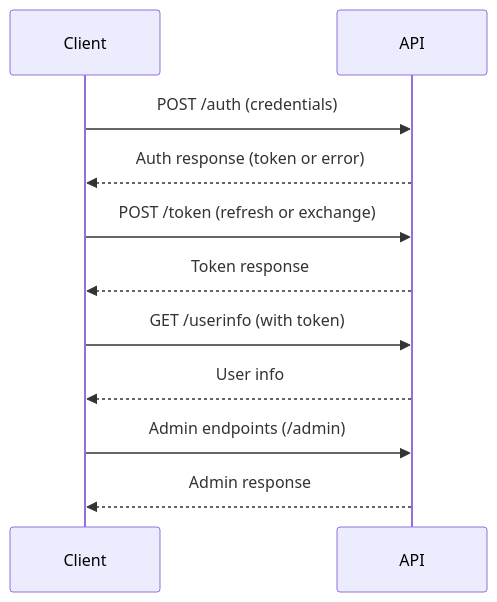
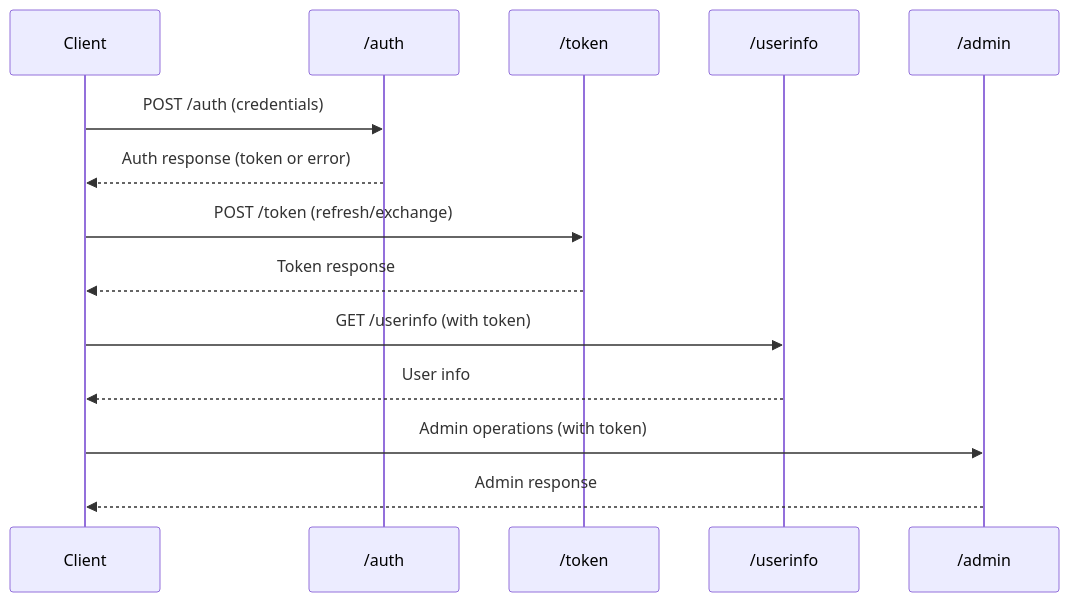
The seventh of 10 diagrams in iam-system/docs/DESIGN.md (gitmujoshi/cms), drawn with Mermaid before and after one commit. The commit also changed other lines of this file, not shown here.

````diff
--- a/iam-system/docs/DESIGN.md
+++ b/iam-system/docs/DESIGN.md
@@ -233,17 +233,20 @@
 ```mermaid
 sequenceDiagram
     participant Client
-    participant API
+    participant AuthAPI as /auth
+    participant TokenAPI as /token
+    participant UserInfoAPI as /userinfo
+    participant AdminAPI as /admin
 
-    Client->>API: POST /auth (credentials)
-    API-->>Client: Auth response (token or error)
+    Client->>AuthAPI: POST /auth (credentials)
+    AuthAPI-->>Client: Auth response (token or error)
 
-    Client->>API: POST /token (refresh or exchange)
-    API-->>Client: Token response
+    Client->>TokenAPI: POST /token (refresh/exchange)
+    TokenAPI-->>Client: Token response
 
-    Client->>API: GET /userinfo (with token)
-    API-->>Client: User info
+    Client->>UserInfoAPI: GET /userinfo (with token)
+    UserInfoAPI-->>Client: User info
 
-    Client->>API: Admin endpoints (/admin)
-    API-->>Client: Admin response
+    Client->>AdminAPI: Admin operations (with token)
+    AdminAPI-->>Client: Admin response
 ```
````
